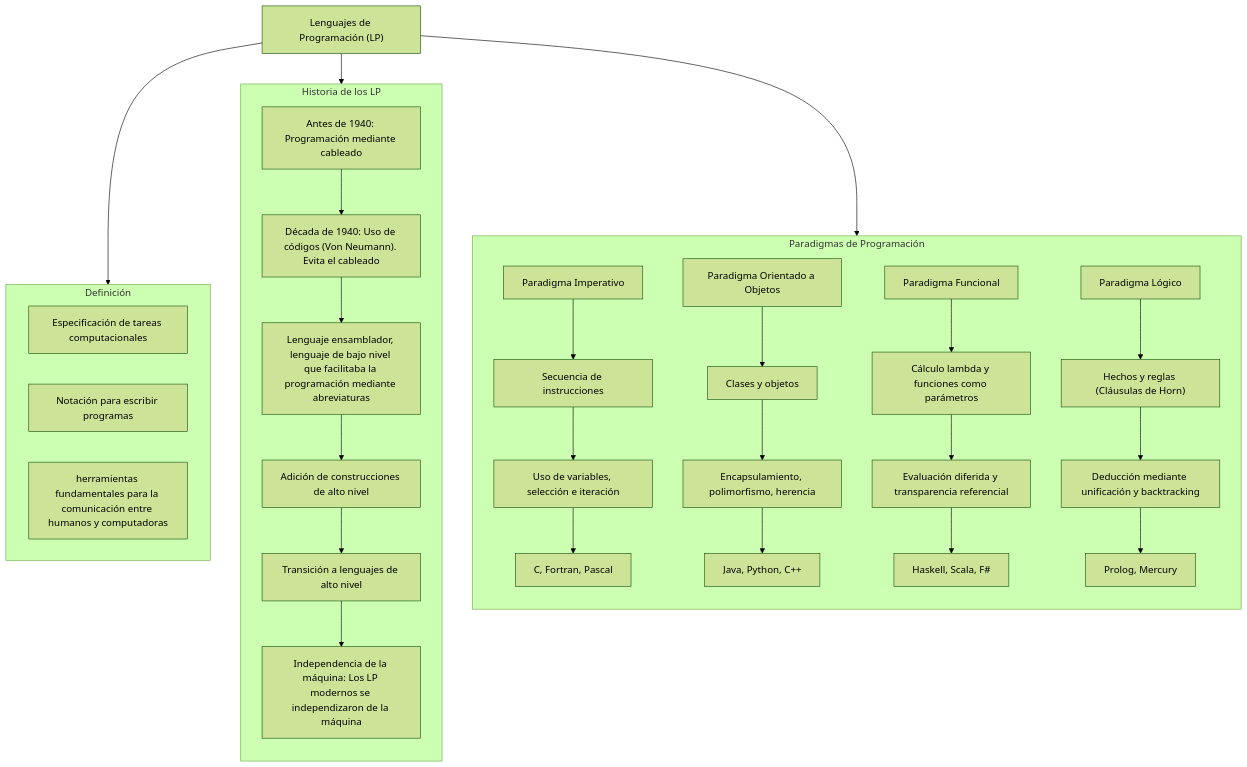
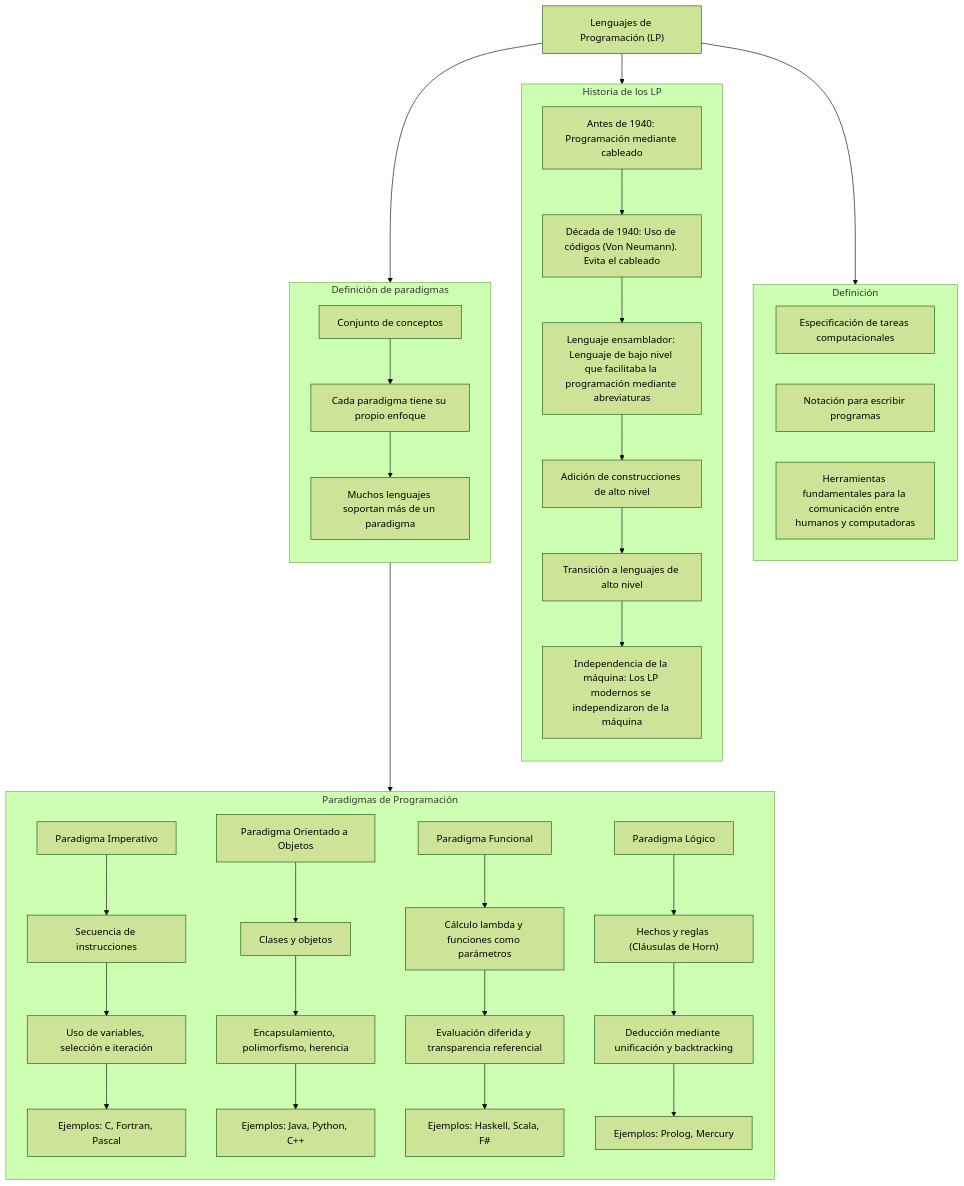
The diagram in README.md (AgusCuevas/Caracteristicas_Lenguajes_Programacion), drawn with Mermaid (forest theme) before and after one commit.

````diff
--- a/README.md
+++ b/README.md
@@ -28,39 +28,44 @@
 ```mermaid
 flowchart TD
-    subgraph DEF["Definición"]
-        direction LR
-        C["Especificación de tareas computacionales"]
-        D["Notación para escribir programas"]
-        E["herramientas fundamentales para la comunicación entre humanos y computadoras"]
-    end
-    
-    subgraph HLP["Historia de los LP"]
-        direction TB
-        H1["Antes de 1940: Programación mediante cableado"] 
-        H1 --> H3["Década de 1940: Uso de códigos (Von Neumann). Evita el cableado"]
-        H3 --> H4["Lenguaje ensamblador, lenguaje de bajo nivel que facilitaba la programación mediante abreviaturas "]
-        H4 --> H5["Adición de construcciones de alto nivel"]
-        H5 --> H6["Transición a lenguajes de alto nivel"]
-        H6 --> H7["Independencia de la máquina: Los LP modernos se independizaron de la máquina"]
-    end
 
-    subgraph PDP["Paradigmas de Programación"]
-        direction TB
-        P1["Paradigma Imperativo"] --> PI1["Secuencia de instrucciones"]
-        PI1 --> PI2["Uso de variables, selección e iteración"] --> PI3["C, Fortran, Pascal"]
+subgraph DEF["Definición"]
+    direction LR
+    C["Especificación de tareas computacionales"]
+    D["Notación para escribir programas"]
+    E["Herramientas fundamentales para la comunicación entre humanos y computadoras"]
+end
 
-        P2["Paradigma Orientado a Objetos"] --> POO1["Clases y objetos"]
-        POO1 --> POO2["Encapsulamiento, polimorfismo, herencia"] --> POO3["Java, Python, C++"]
+subgraph HLP["Historia de los LP"]
+    direction TB
+    H1["Antes de 1940: Programación mediante cableado"] --> H3["Década de 1940: Uso de códigos (Von Neumann). Evita el cableado"]
+    H3 --> H4["Lenguaje ensamblador: Lenguaje de bajo nivel que facilitaba la programación mediante abreviaturas"]
+    H4 --> H5["Adición de construcciones de alto nivel"]
+    H5 --> H6["Transición a lenguajes de alto nivel"]
+    H6 --> H7["Independencia de la máquina: Los LP modernos se independizaron de la máquina"]
+end
 
-        P3["Paradigma Funcional"] --> PF1["Cálculo lambda y funciones como parámetros"]
-        PF1 --> PF2["Evaluación diferida y transparencia referencial"] --> PF3["Haskell, Scala, F#"]
+subgraph DDP["Definición de paradigmas"]
+    direction TB
+    DP1["Conjunto de conceptos"] --> DP2["Cada paradigma tiene su propio enfoque"] --> DP3["Muchos lenguajes soportan más de un paradigma"]
+end
 
-        P4["Paradigma Lógico"] --> PL1["Hechos y reglas (Cláusulas de Horn)"]
-        PL1 --> PL2["Deducción mediante unificación y backtracking"] --> PL3["Prolog, Mercury"]
-    end
+subgraph PDP["Paradigmas de Programación"]
+    direction TB
+    P1["Paradigma Imperativo"] --> PI1["Secuencia de instrucciones"]
+    PI1 --> PI2["Uso de variables, selección e iteración"] --> PI3["Ejemplos: C, Fortran, Pascal"]
 
-    LP["Lenguajes de Programación (LP)"] --> DEF
-    LP --> HLP
-    LP --> PDP
+    P2["Paradigma Orientado a Objetos"] --> POO1["Clases y objetos"]
+    POO1 --> POO2["Encapsulamiento, polimorfismo, herencia"] --> POO3["Ejemplos: Java, Python, C++"]
 
+    P3["Paradigma Funcional"] --> PF1["Cálculo lambda y funciones como parámetros"]
+    PF1 --> PF2["Evaluación diferida y transparencia referencial"] --> PF3["Ejemplos: Haskell, Scala, F#"]
+
+    P4["Paradigma Lógico"] --> PL1["Hechos y reglas (Cláusulas de Horn)"]
+    PL1 --> PL2["Deducción mediante unificación y backtracking"] --> PL3["Ejemplos: Prolog, Mercury"]
+end
+
+LP["Lenguajes de Programación (LP)"] --> DEF
+LP --> HLP
+LP --> DDP
+DDP --> PDP
 ```
````
